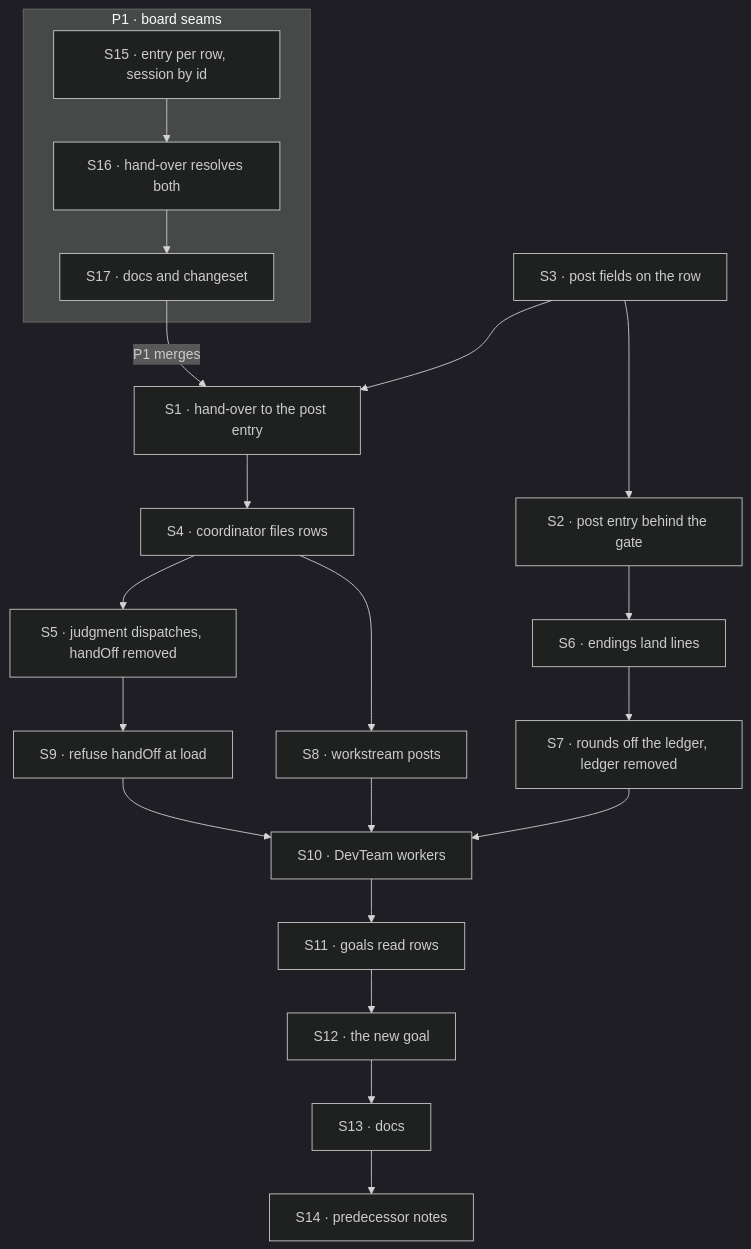
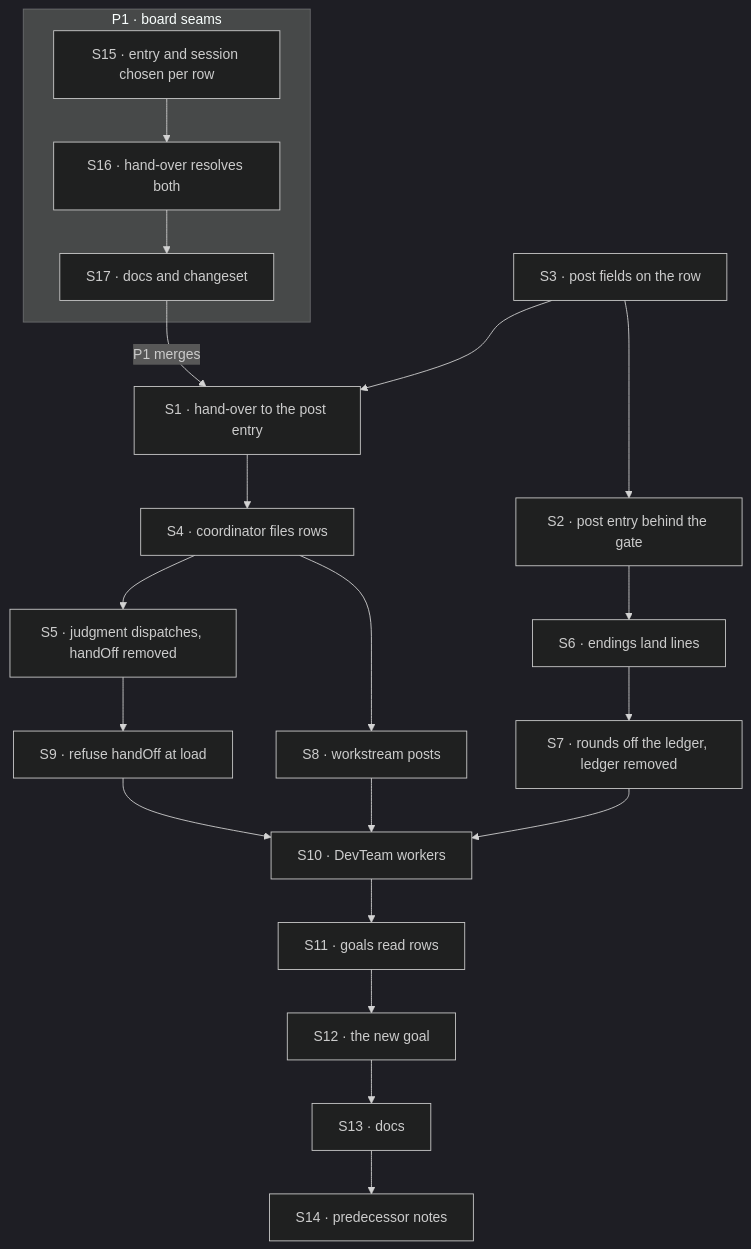
Before and after one commit to fixpoint-labs/flow-state-dev: the diagram in specs/issues/FIX-1872/PLAN.md, drawn with Mermaid (dark theme). The commit also changed other lines of this file and 4 other files, not shown here.

````diff
--- a/specs/issues/FIX-1872/PLAN.md
+++ b/specs/issues/FIX-1872/PLAN.md
@@ -52,23 +52,23 @@
 ```mermaid
 flowchart TD
   subgraph P1["P1 · board seams"]
-    S15["S15 · entry per row, session by id"] --> S16["S16 · hand-over resolves both"]
+    S15["S15 · entry and session chosen per row"] --> S16["S16 · hand-over resolves both"]
     S16 --> S17["S17 · docs and changeset"]
   end
   S17 -->|"P1 merges"| S1
   S3["S3 · post fields on the row"] --> S1["S1 · hand-over to the post entry"]
   S3 --> S2["S2 · post entry behind the gate"]
   S1 --> S4["S4 · coordinator files rows"]
   S2 --> S6["S6 · endings land lines"]
   S4 --> S5["S5 · judgment dispatches, handOff removed"]
   S4 --> S8["S8 · workstream posts"]
   S6 --> S7["S7 · rounds off the ledger, ledger removed"]
   S5 --> S9["S9 · refuse handOff at load"]
   S7 --> S10["S10 · DevTeam workers"]
   S8 --> S10
   S9 --> S10
   S10 --> S11["S11 · goals read rows"]
   S11 --> S12["S12 · the new goal"]
   S12 --> S13["S13 · docs"]
   S13 --> S14["S14 · predecessor notes"]
 ```
````
